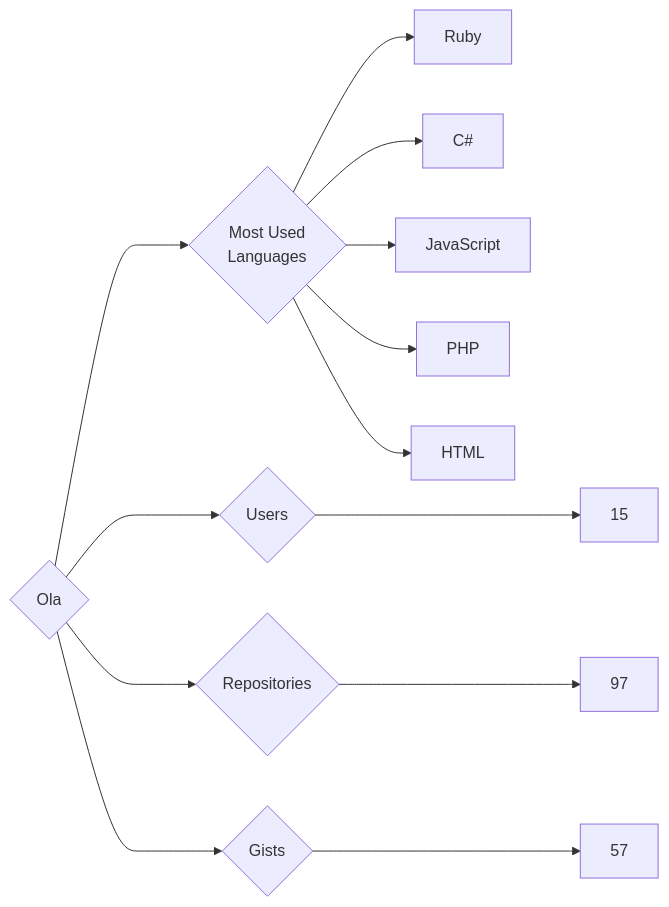
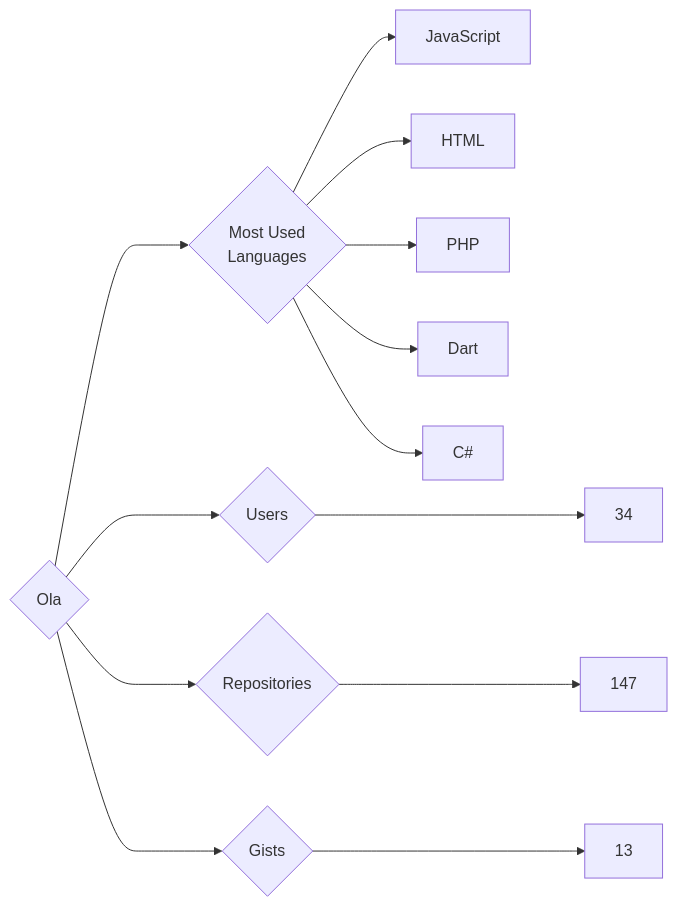
The diagram in targets/Ola/README.md (trickest/insiders), drawn with Mermaid before and after one commit. The commit also changed 835 other files, not shown here.

````diff
--- a/targets/Ola/README.md
+++ b/targets/Ola/README.md
@@ -3,13 +3,13 @@
 ```mermaid
 graph LR
 COMPANY_NAME{Ola}
-COMPANY_NAME ---> U{Users} ---> UN[15]
-COMPANY_NAME ---> R{Repositories} ---> RN[97]
-COMPANY_NAME ---> G{Gists} ---> GN[57]
+COMPANY_NAME ---> U{Users} ---> UN[34]
+COMPANY_NAME ---> R{Repositories} ---> RN[147]
+COMPANY_NAME ---> G{Gists} ---> GN[13]
 COMPANY_NAME ---> ML{Most Used<br>Languages}
-ML --> Ruby[Ruby]
+ML --> JavaScript[JavaScript]
+ML --> HTML[HTML]
+ML --> PHP[PHP]
+ML --> Dart[Dart]
 ML --> C#[C#]
-ML --> JavaScript[JavaScript]
-ML --> PHP[PHP]
-ML --> HTML[HTML]
 ```
````
